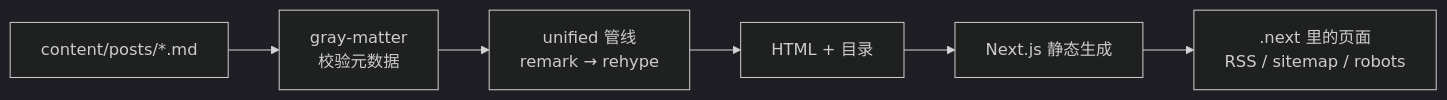
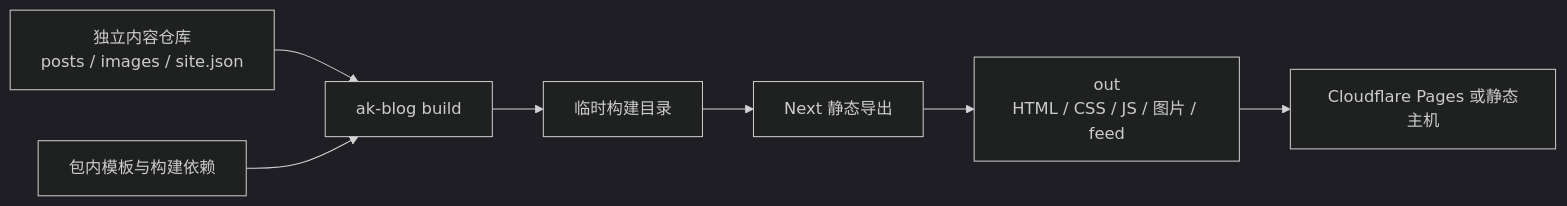
The diagram in docs/architecture.md (SwufeFox/ak-blog-template), drawn with Mermaid (dark theme) before and after one commit. The commit also changed other lines of this file and 63 other files, not shown here.

Commit message:
feat: build static blogs from independent content repositories

````diff
--- a/docs/architecture.md
+++ b/docs/architecture.md
@@ -6,8 +5,9 @@
 ```mermaid
 flowchart LR
-  A[content/posts/*.md] --> B[gray-matter<br/>校验元数据]
-  B --> C[unified 管线<br/>remark → rehype]
-  C --> D[HTML + 目录]
-  D --> E[Next.js 静态生成]
-  E --> F[.next 里的页面<br/>RSS / sitemap / robots]
+  A[独立内容仓库\nposts / images / site.json] --> B[ak-blog build]
+  T[包内模板与构建依赖] --> B
+  B --> C[临时构建目录]
+  C --> D[Next 静态导出]
+  D --> E[out\nHTML / CSS / JS / 图片 / feed]
+  E --> F[Cloudflare Pages 或静态主机]
 ```
````
